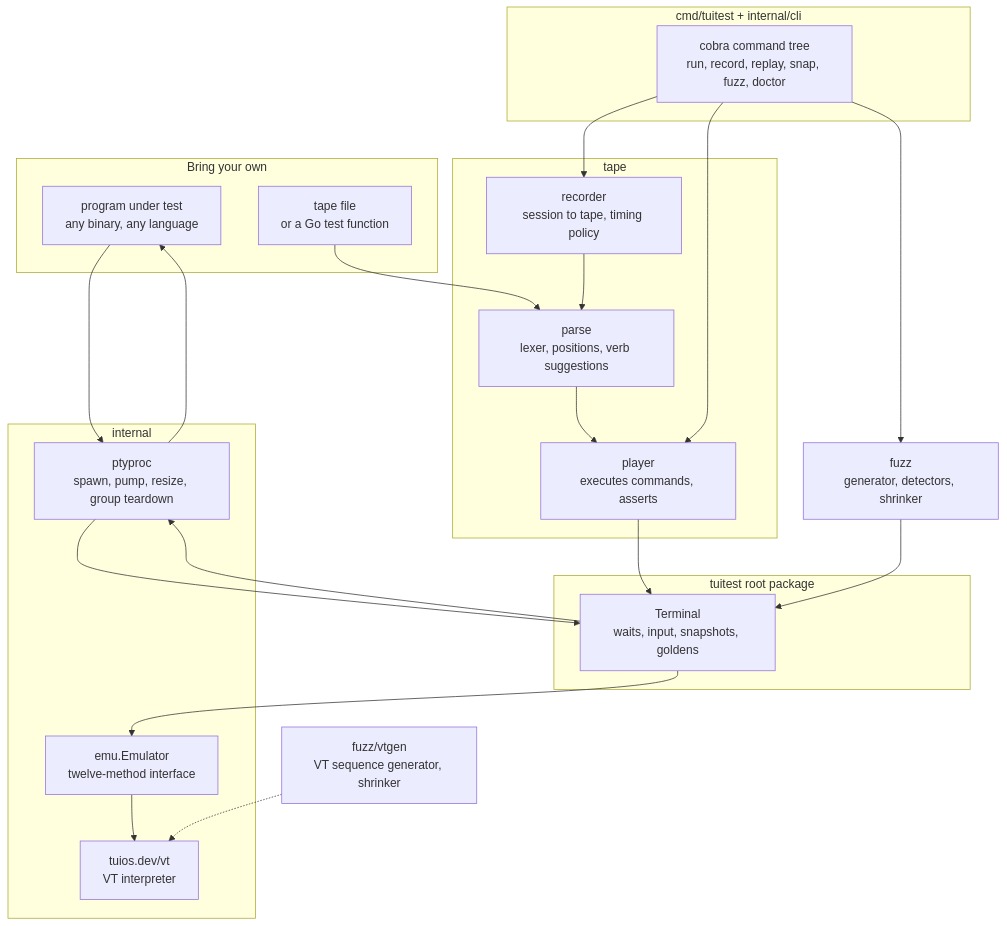
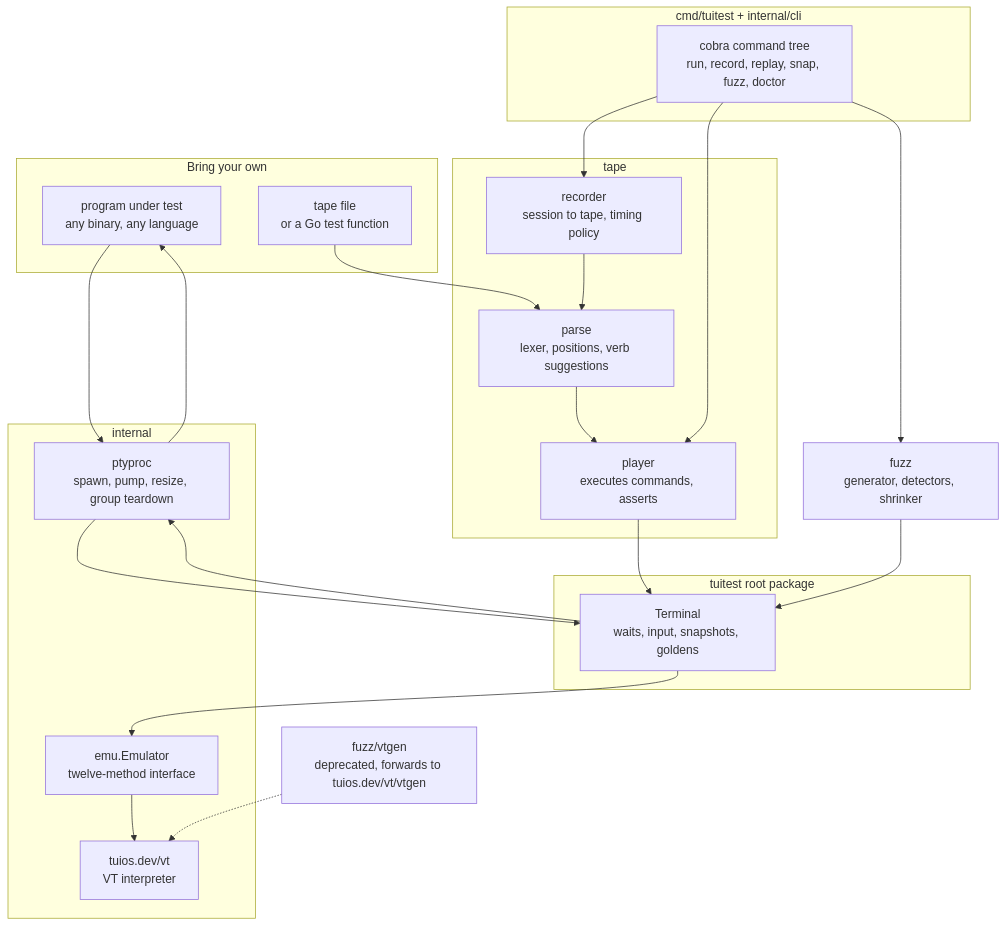
Before and after one commit to Gaurav-Gosain/tuitest: the first of 2 diagrams in README.md, drawn with Mermaid. The commit also changed other lines of this file and 8 other files, not shown here.

````diff
--- a/README.md
+++ b/README.md
@@ -203,38 +203,38 @@
 ```mermaid
 flowchart TB
   subgraph Bring["Bring your own"]
     PROG[program under test<br/>any binary, any language]
     TAPE[tape file<br/>or a Go test function]
   end
 
   subgraph CLI["cmd/tuitest + internal/cli"]
     REG[cobra command tree<br/>run, record, replay, snap, fuzz, doctor]
   end
 
   subgraph Lang["tape"]
     PARSE[parse<br/>lexer, positions, verb suggestions]
     PLAY[player<br/>executes commands, asserts]
     REC[recorder<br/>session to tape, timing policy]
   end
 
   subgraph Core["tuitest root package"]
     TERM[Terminal<br/>waits, input, snapshots, goldens]
   end
 
   subgraph Low["internal"]
     PTY[ptyproc<br/>spawn, pump, resize, group teardown]
     EMU[emu.Emulator<br/>twelve-method interface]
     VT[tuios.dev/vt<br/>VT interpreter]
   end
 
   FUZZ[fuzz<br/>generator, detectors, shrinker]
-  VTGEN[fuzz/vtgen<br/>VT sequence generator, shrinker]
+  VTGEN[fuzz/vtgen<br/>deprecated, forwards to tuios.dev/vt/vtgen]
 
   TAPE --> PARSE --> PLAY --> TERM
   REG --> PLAY
   REG --> REC --> PARSE
   REG --> FUZZ --> TERM
   TERM --> PTY --> PROG
   PROG --> PTY --> TERM --> EMU --> VT
   VTGEN -.-> VT
 ```
````
